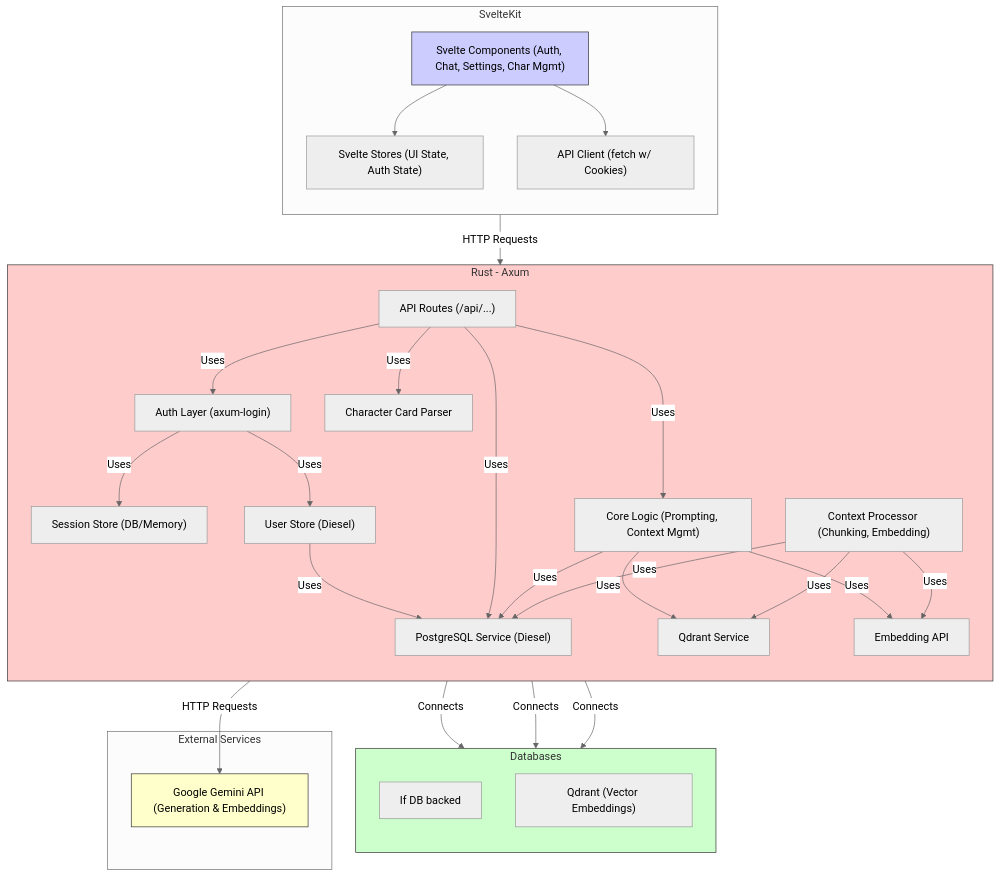
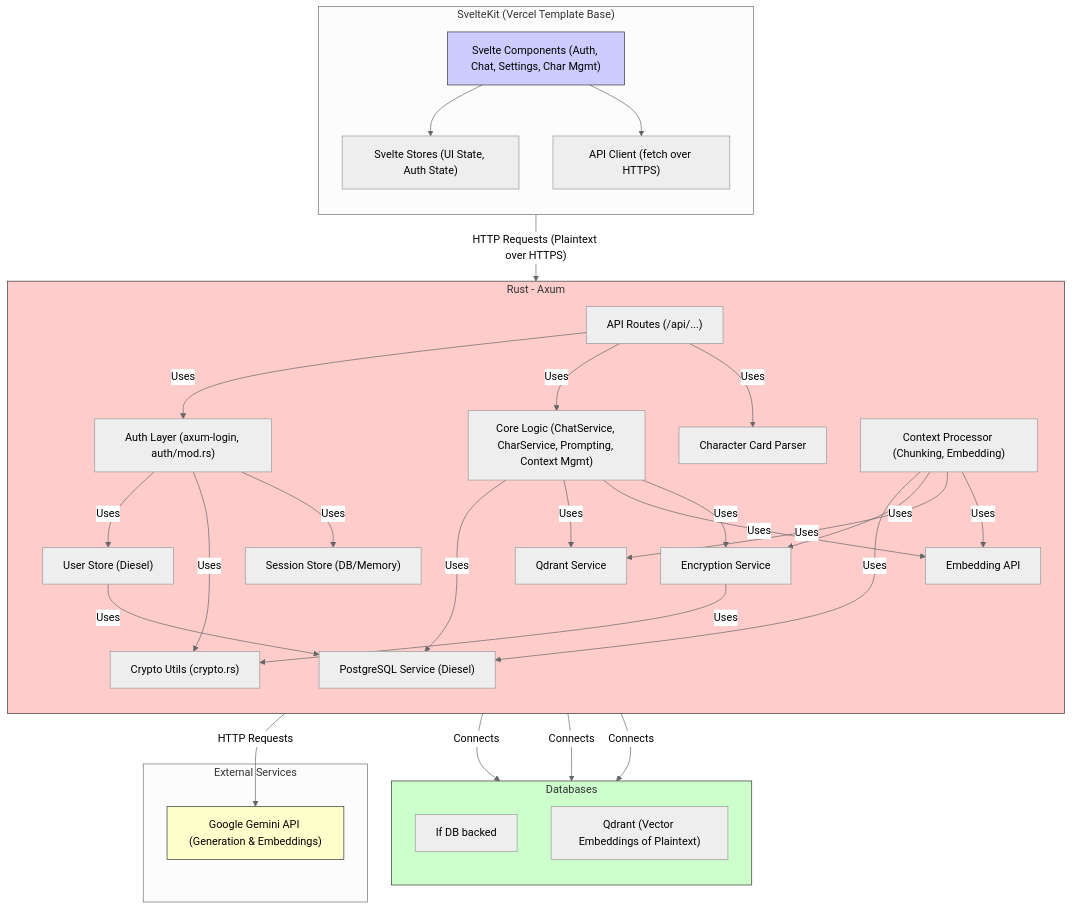
The diagram in docs/ARCHITECTURE.md (sanguinehost/scribe), drawn with Mermaid (neutral theme) before and after one commit. The commit also changed other lines of this file and 4 other files, not shown here.

````diff
--- a/docs/ARCHITECTURE.md
+++ b/docs/ARCHITECTURE.md
@@ -45,60 +47,72 @@
 ```mermaid
 graph TD
-    subgraph Browser ["SvelteKit"]
+    subgraph Browser ["SvelteKit (Vercel Template Base)"]
         direction TB
         UI["Svelte Components (Auth, Chat, Settings, Char Mgmt)"]
         STATE["Svelte Stores (UI State, Auth State)"]
-        API_CLIENT["API Client (fetch w/ Cookies)"]
+        API_CLIENT["API Client (fetch over HTTPS)"]
         UI --> STATE
         UI --> API_CLIENT
     end
 
     subgraph Backend ["Rust - Axum"]
         direction TB
         API_ROUTES["API Routes (/api/...)"]
-        AUTH["Auth Layer (axum-login)"]
+        AUTH["Auth Layer (axum-login, auth/mod.rs)"]
+        CRYPTO["Crypto Utils (crypto.rs)"]
+        ENCRYPTION_SVC["Encryption Service"]
         SESSION_STORE["Session Store (DB/Memory)"]
         USER_STORE["User Store (Diesel)"]
-        CORE_LOGIC["Core Logic (Prompting, Context Mgmt)"]
+        CORE_LOGIC["Core Logic (ChatService, CharService, Prompting, Context Mgmt)"]
         DB_SERVICE["PostgreSQL Service (Diesel)"]
         VECTOR_SERVICE["Qdrant Service"]
         GEMINI_CLIENT["Gemini API Client"]
         CHAR_PARSER["Character Card Parser"]
         CONTEXT_PROCESSOR["Context Processor (Chunking, Embedding)"]
 
+        API_CLIENT -- HTTP Requests (Plaintext over HTTPS) --> API_ROUTES
         API_ROUTES -- Uses --> AUTH
+        API_ROUTES -- Uses --> CORE_LOGIC
+        API_ROUTES -- Uses --> CHAR_PARSER
+
+        AUTH -- Uses --> USER_STORE
+        AUTH -- Uses --> CRYPTO
+        %% For KEK derivation, DEK decryption
         AUTH -- Uses --> SESSION_STORE
-        AUTH -- Uses --> USER_STORE
         USER_STORE -- Uses --> DB_SERVICE
-        API_ROUTES -- Uses --> CORE_LOGIC
-        API_ROUTES -- Uses --> DB_SERVICE
-        API_ROUTES -- Uses --> CHAR_PARSER
+
         CORE_LOGIC -- Uses --> DB_SERVICE
         CORE_LOGIC -- Uses --> VECTOR_SERVICE
         CORE_LOGIC -- Uses --> GEMINI_CLIENT
+        CORE_LOGIC -- Uses --> ENCRYPTION_SVC
+        %% For data encryption/decryption
+        ENCRYPTION_SVC -- Uses --> CRYPTO
+
         CONTEXT_PROCESSOR -- Uses --> DB_SERVICE
+        %% To get (encrypted) messages
+        CONTEXT_PROCESSOR -- Uses --> ENCRYPTION_SVC
+        %% To decrypt messages for RAG
         CONTEXT_PROCESSOR -- Uses --> VECTOR_SERVICE
         CONTEXT_PROCESSOR -- Uses --> GEMINI_CLIENT[Embedding API]
     end
 
     subgraph Databases ["Databases"]
         direction TB
-        POSTGRES["PostgreSQL (Users, Chars, Chats, Sessions)"]
-        QDRANT["Qdrant (Vector Embeddings)"]
+        POSTGRES["PostgreSQL (Users w/ Roles & E2EE Keys, Encrypted Chars & Chats, Sessions)"]
+        QDRANT["Qdrant (Vector Embeddings of Plaintext)"]
     end
 
     subgraph External_Services ["External Services"]
         GEMINI["Google Gemini API (Generation & Embeddings)"]
     end
 
-    API_CLIENT -- HTTP Requests --> API_ROUTES
     DB_SERVICE -- Connects --> POSTGRES
     SESSION_STORE -- Connects --> POSTGRES[If DB backed]
     VECTOR_SERVICE -- Connects --> QDRANT
     GEMINI_CLIENT -- HTTP Requests --> GEMINI
 
     style UI fill:#ccf,stroke:#333
     style Backend fill:#fcc,stroke:#333
     style Databases fill:#cfc,stroke:#333
     style GEMINI fill:#ffc,stroke:#333
 ```
````
